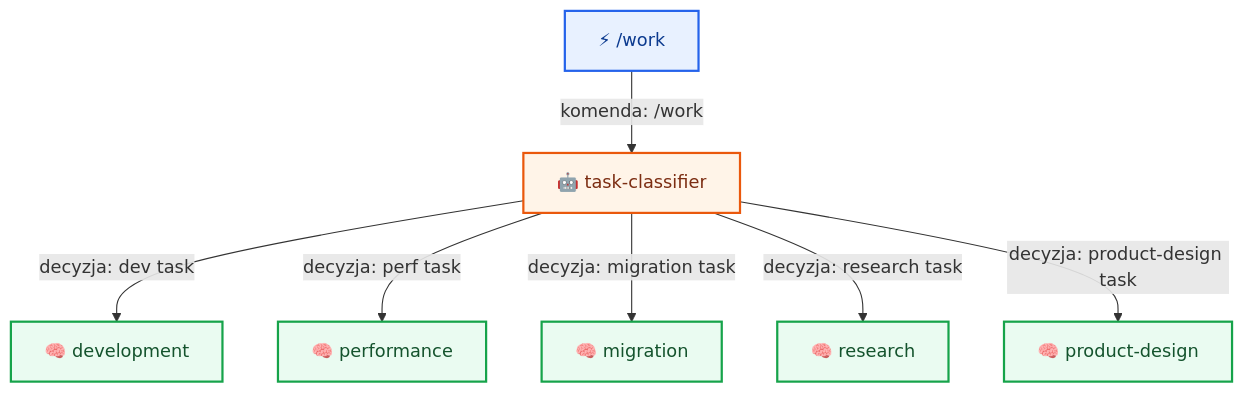
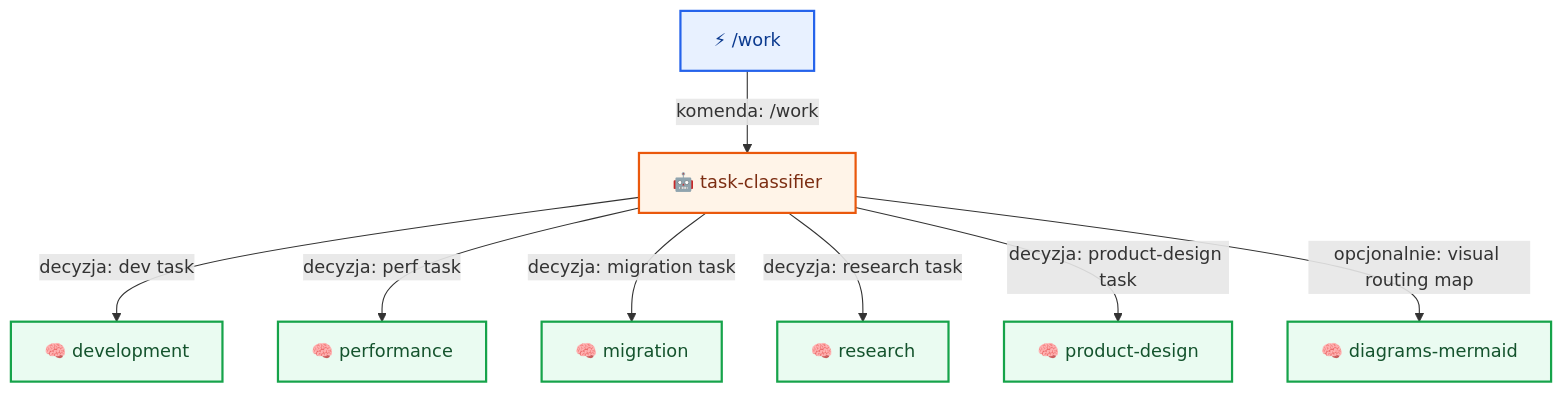
One commit to plucins/flowbit changed the second of 7 diagrams in docs/flow/overview.md. Above: the diagram before and after it, drawn with Mermaid. The commit also changed other lines of this file and 11 other files, not shown here.

Commit message:
Add Mermaid diagram sections to architecture and overview documentation for enhanced visual clarity

````diff
--- a/docs/flow/overview.md
+++ b/docs/flow/overview.md
@@ -62,16 +63,17 @@
 ```mermaid
 graph TD
   WORK["⚡ /work"] -- "komenda: /work" --> CLASS["🤖 task-classifier"]
   CLASS -- "decyzja: dev task" --> S_DEV["🧠 development"]
   CLASS -- "decyzja: perf task" --> S_PERF["🧠 performance"]
   CLASS -- "decyzja: migration task" --> S_MIG["🧠 migration"]
   CLASS -- "decyzja: research task" --> S_RES["🧠 research"]
   CLASS -- "decyzja: product-design task" --> S_PD["🧠 product-design"]
+  CLASS -- "opcjonalnie: visual routing map" --> S_DIAG_WR["🧠 diagrams-mermaid"]
 
   classDef cmd fill:#E8F1FF,stroke:#2563EB,stroke-width:2px,color:#0B3A8F;
   classDef skill fill:#EAFBF1,stroke:#16A34A,stroke-width:2px,color:#14532D;
   classDef agent fill:#FFF4E8,stroke:#EA580C,stroke-width:2px,color:#7C2D12;
   class WORK cmd;
-  class S_DEV,S_PERF,S_MIG,S_RES,S_PD skill;
+  class S_DEV,S_PERF,S_MIG,S_RES,S_PD,S_DIAG_WR skill;
   class CLASS agent;
 ```
````
